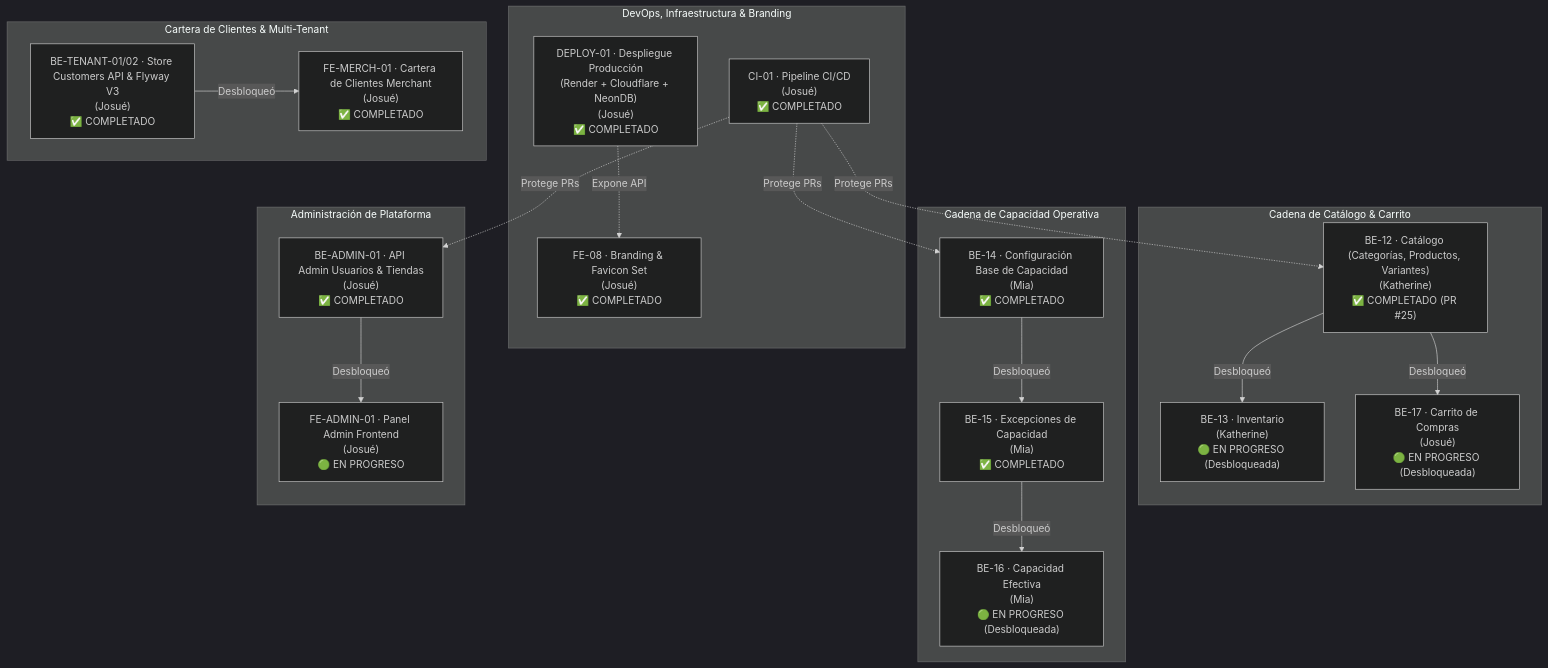
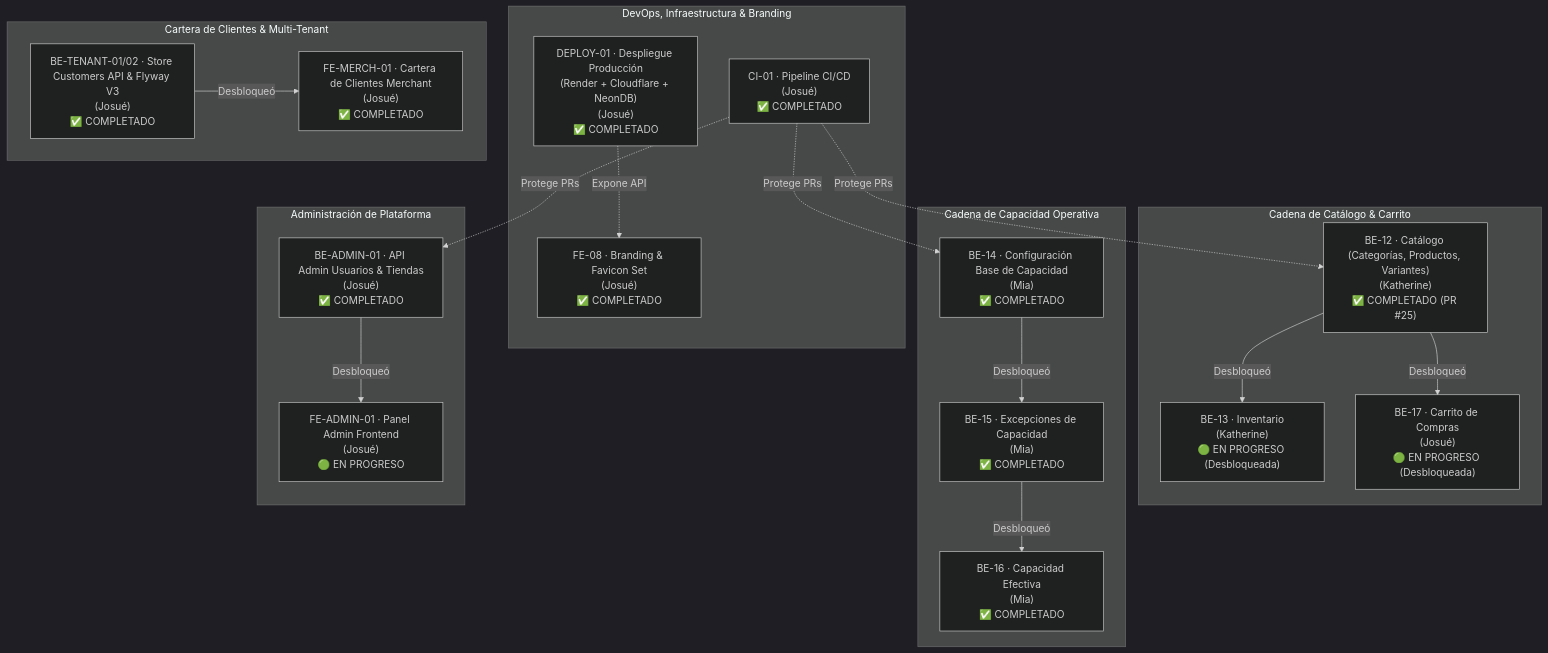
One commit to iJosueeh/jaldishop changed the first of 2 diagrams in docs/06-scrum/sprint-03.md. Above: the diagram before and after it, drawn with Mermaid (dark theme). The commit also changed other lines of this file and 13 other files, not shown here.

````diff
--- a/docs/06-scrum/sprint-03.md
+++ b/docs/06-scrum/sprint-03.md
@@ -27,41 +27,41 @@
 ```mermaid
 flowchart TD
     subgraph DEVOPS["DevOps, Infraestructura & Branding"]
         CI01["CI-01 · Pipeline CI/CD<br/>(Josué)<br/>✅ COMPLETADO"]
         DEPLOY01["DEPLOY-01 · Despliegue Producción<br/>(Render + Cloudflare + NeonDB)<br/>(Josué)<br/>✅ COMPLETADO"]
         FE08["FE-08 · Branding & Favicon Set<br/>(Josué)<br/>✅ COMPLETADO"]
     end
 
     subgraph CATALOGO["Cadena de Catálogo & Carrito"]
         BE12["BE-12 · Catálogo (Categorías, Productos, Variantes)<br/>(Katherine)<br/>✅ COMPLETADO (PR #25)"]
         BE13["BE-13 · Inventario<br/>(Katherine)<br/>🟢 EN PROGRESO (Desbloqueada)"]
         BE17["BE-17 · Carrito de Compras<br/>(Josué)<br/>🟢 EN PROGRESO (Desbloqueada)"]
         BE12 -->|Desbloqueó| BE13
         BE12 -->|Desbloqueó| BE17
     end
 
     subgraph CAPACIDAD["Cadena de Capacidad Operativa"]
         BE14["BE-14 · Configuración Base de Capacidad<br/>(Mia)<br/>✅ COMPLETADO"]
         BE15["BE-15 · Excepciones de Capacidad<br/>(Mia)<br/>✅ COMPLETADO"]
-        BE16["BE-16 · Capacidad Efectiva<br/>(Mia)<br/>🟢 EN PROGRESO (Desbloqueada)"]
+        BE16["BE-16 · Capacidad Efectiva<br/>(Mia)<br/>✅ COMPLETADO"]
         BE14 -->|Desbloqueó| BE15
         BE15 -->|Desbloqueó| BE16
     end
 
     subgraph TENANT_CUSTOMERS["Cartera de Clientes & Multi-Tenant"]
         BETENANT01["BE-TENANT-01/02 · Store Customers API & Flyway V3<br/>(Josué)<br/>✅ COMPLETADO"]
         FEMERCH01["FE-MERCH-01 · Cartera de Clientes Merchant<br/>(Josué)<br/>✅ COMPLETADO"]
         BETENANT01 -->|Desbloqueó| FEMERCH01
     end
 
     subgraph ADMIN["Administración de Plataforma"]
         BEADMIN01["BE-ADMIN-01 · API Admin Usuarios & Tiendas<br/>(Josué)<br/>✅ COMPLETADO"]
         FEADMIN01["FE-ADMIN-01 · Panel Admin Frontend<br/>(Josué)<br/>🟢 EN PROGRESO"]
         BEADMIN01 -->|Desbloqueó| FEADMIN01
     end
 
     CI01 -. Protege PRs .-> BE12
     CI01 -. Protege PRs .-> BE14
     CI01 -. Protege PRs .-> BEADMIN01
     DEPLOY01 -. Expone API .-> FE08
 ```
````
